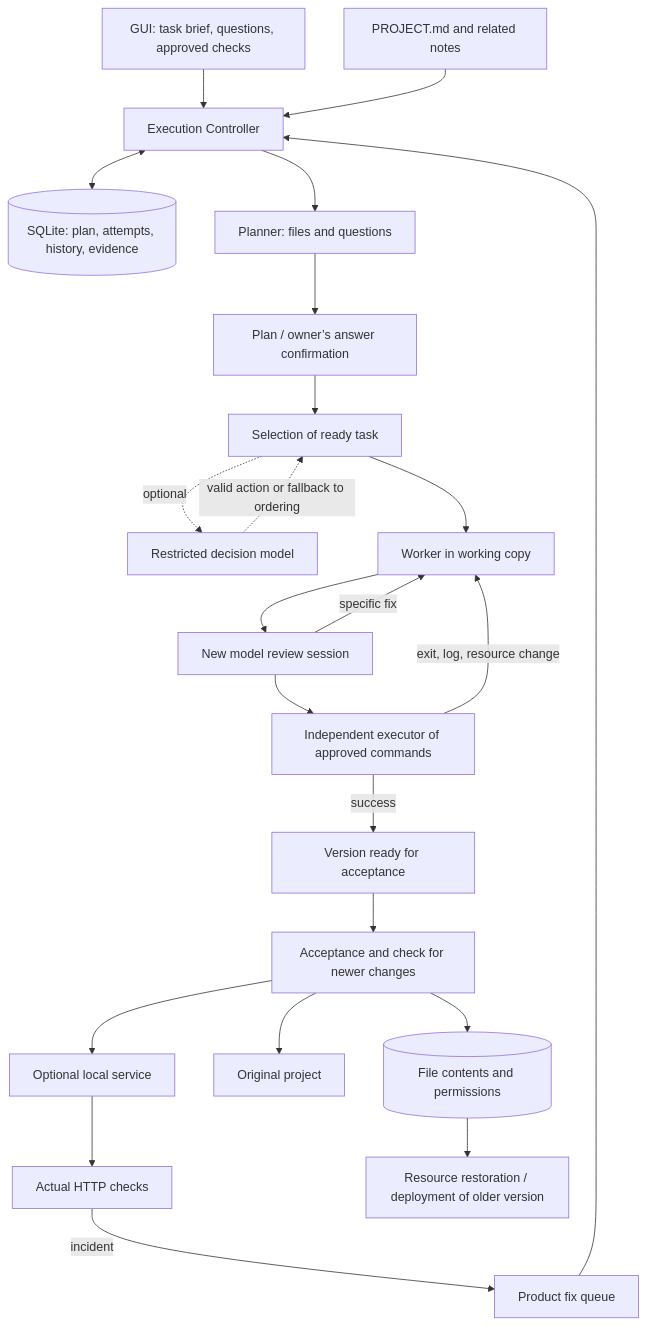
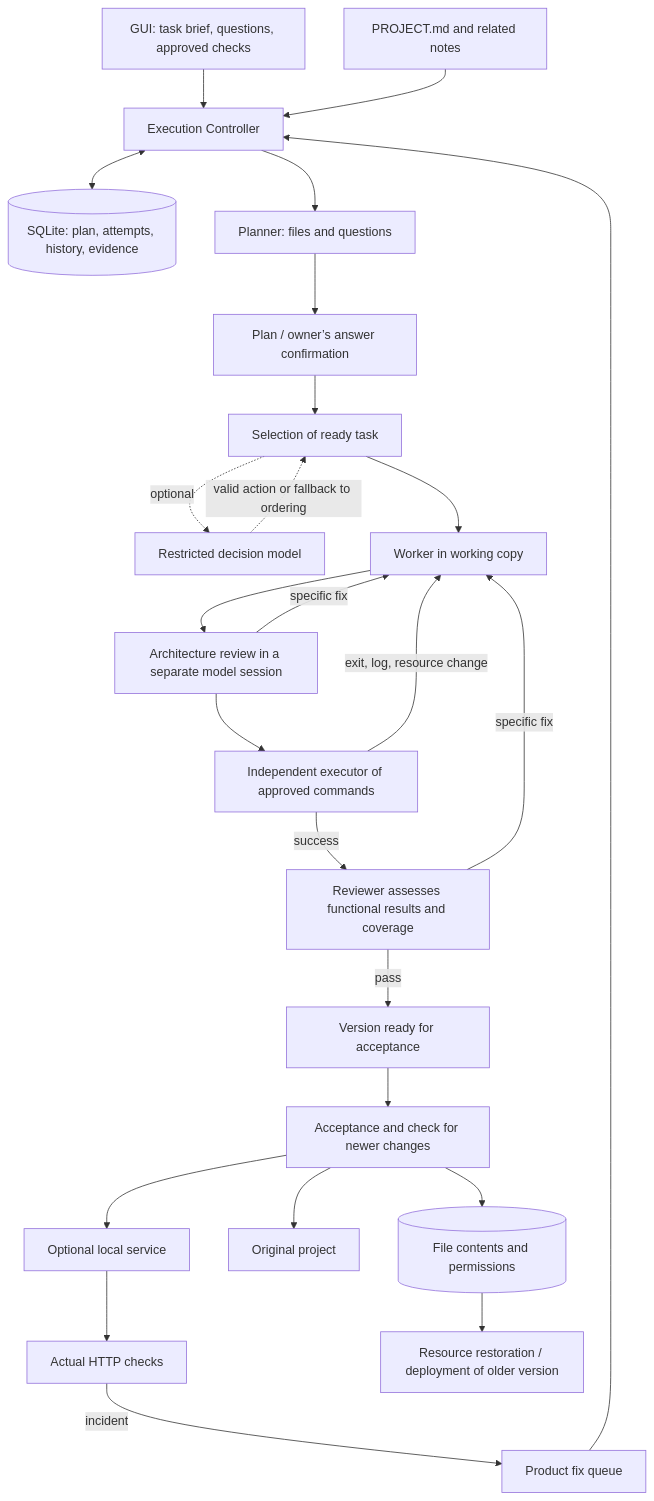
One commit to RulezZzOr/miner changed the diagram in studio/docs/CONTROL_LOOP.md. Above: the diagram before and after it, drawn with Mermaid. The commit also changed other lines of this file and 38 other files, not shown here.

````diff
--- a/studio/docs/CONTROL_LOOP.md
+++ b/studio/docs/CONTROL_LOOP.md
@@ -8,25 +8,27 @@
 ```mermaid
 flowchart TD
   UI[GUI: task brief, questions, approved checks] --> M[Execution Controller]
   Notes[PROJECT.md and related notes] --> M
   M <--> DB[(SQLite: plan, attempts, history, evidence)]
   M --> Plan[Planner: files and questions]
   Plan --> Gate[Plan / owner’s answer confirmation]
   Gate --> Select[Selection of ready task]
   Select -. optional .-> Decision[Restricted decision model]
   Decision -. valid action or fallback to ordering .-> Select
   Select --> Work[Worker in working copy]
-  Work --> Review[New model review session]
+  Work --> Review[Architecture review in a separate model session]
   Review -->|specific fix| Work
   Review --> Check[Independent executor of approved commands]
   Check -->|exit, log, resource change| Work
-  Check -->|success| Ready[Version ready for acceptance]
+  Check -->|success| Final[Reviewer assesses functional results and coverage]
+  Final -->|specific fix| Work
+  Final -->|pass| Ready[Version ready for acceptance]
   Ready --> Accept[Acceptance and check for newer changes]
   Accept --> Objects[(File contents and permissions)]
   Accept --> Original[Original project]
   Accept --> Service[Optional local service]
   Service --> Health[Actual HTTP checks]
   Health -->|incident| Queue[Product fix queue]
   Queue --> M
   Objects --> Restore[Resource restoration / deployment of older version]
 ```
````
